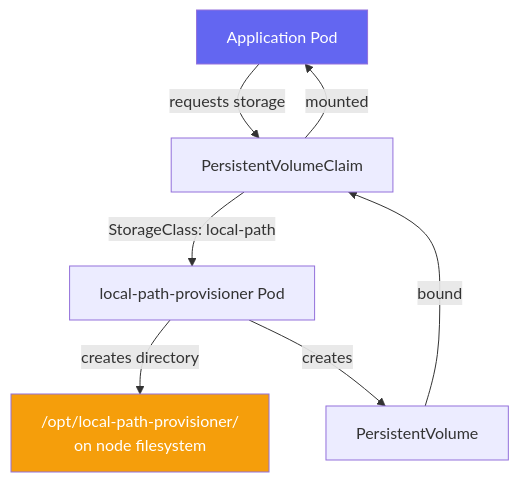
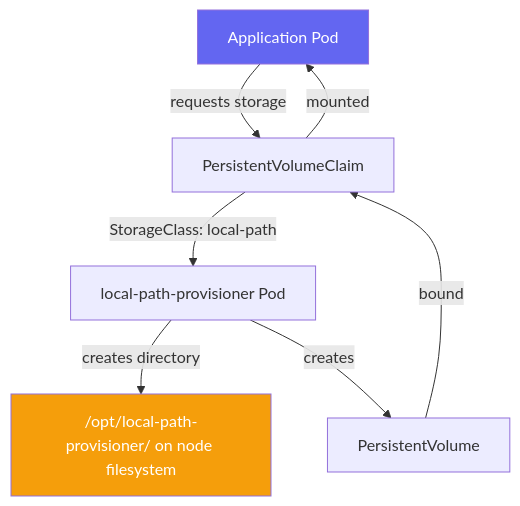
One commit to UncleJS/course_k3s changed the diagram in 05_storage/01_local_path_provisioner.md. Above: the diagram before and after it, drawn with Mermaid. The commit also changed 57 other files, not shown here.

````diff
--- a/05_storage/01_local_path_provisioner.md
+++ b/05_storage/01_local_path_provisioner.md
@@ -26,12 +26,12 @@
 ```mermaid
 flowchart TD
     APP[Application Pod] -->|"requests storage"| PVC[PersistentVolumeClaim]
     PVC -->|"StorageClass: local-path"| PROV[local-path-provisioner Pod]
-    PROV -->|"creates directory"| DIR["/opt/local-path-provisioner/<uuid>\non node filesystem"]
+    PROV -->|"creates directory"| DIR["/opt/local-path-provisioner/<uuid> on node filesystem"]
     PROV -->|"creates"| PV[PersistentVolume]
     PV -->|"bound"| PVC
     PVC -->|"mounted"| APP
 
     style APP fill:#6366f1,color:#fff
     style DIR fill:#f59e0b,color:#fff
 ```
````
